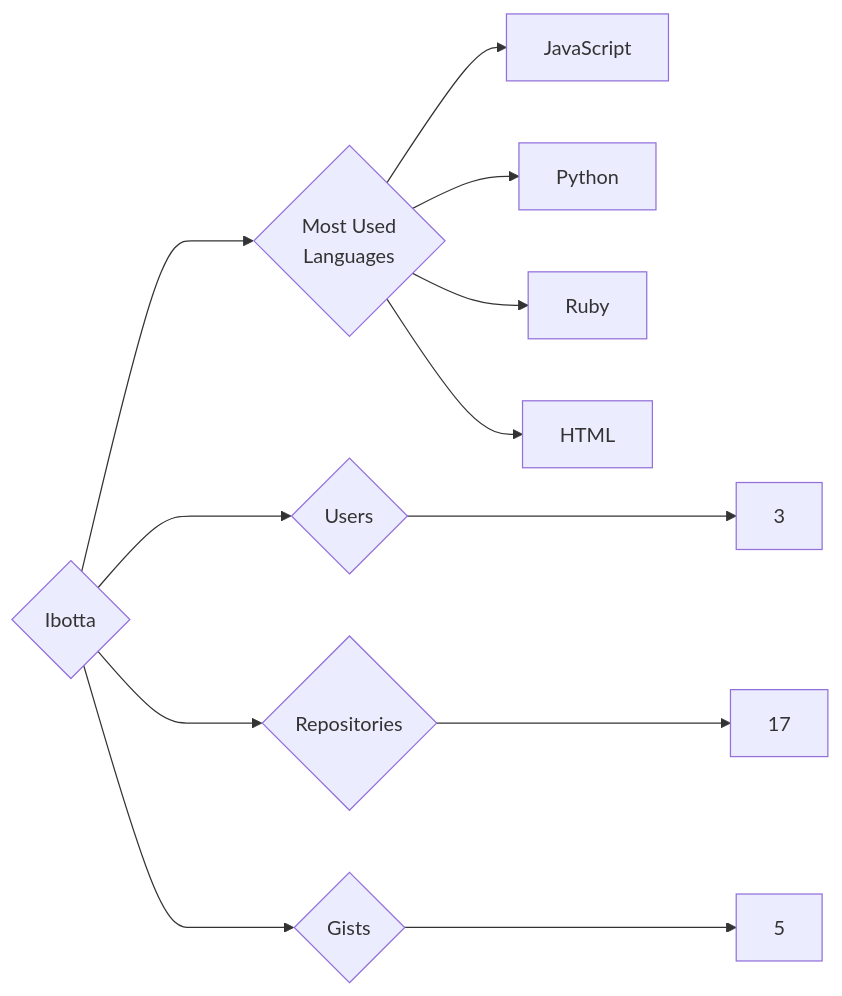
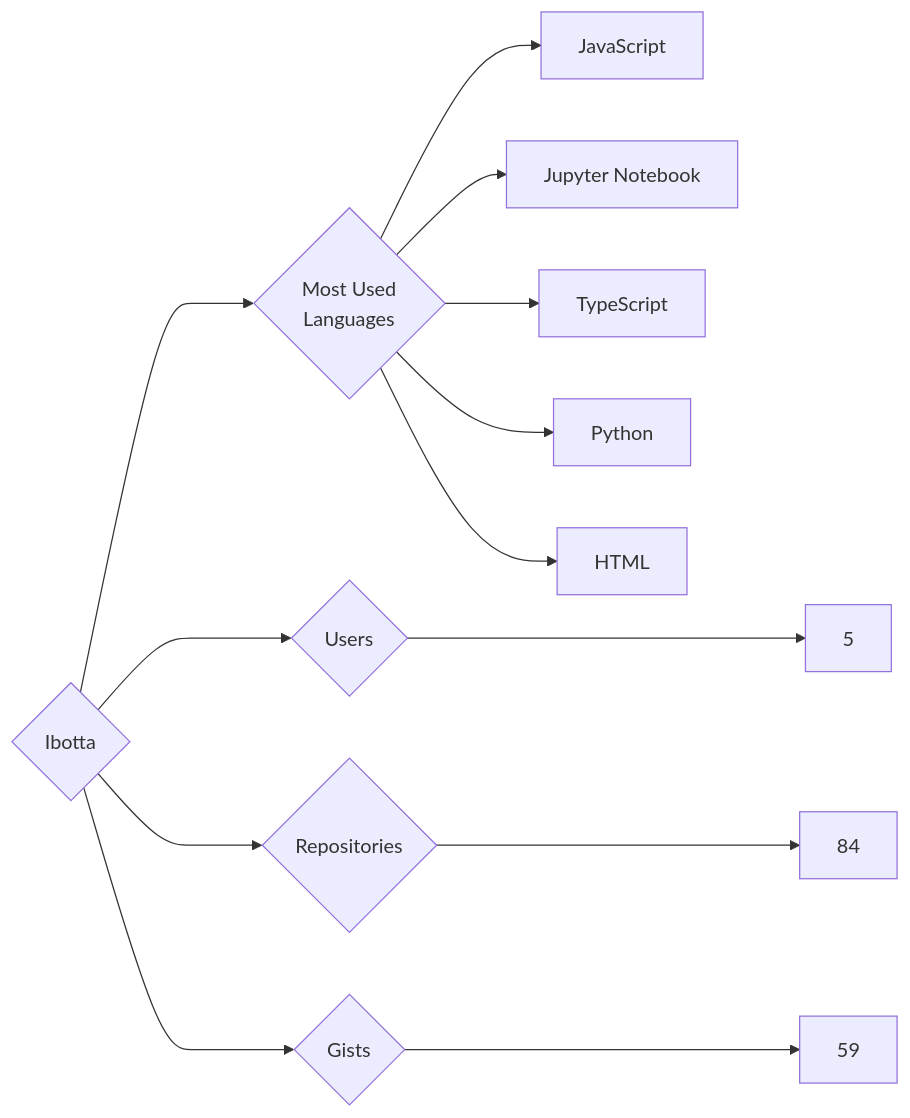
Before and after one commit to trickest/insiders: the diagram in targets/Ibotta/README.md, drawn with Mermaid. The commit also changed 815 other files, not shown here.

````diff
--- a/targets/Ibotta/README.md
+++ b/targets/Ibotta/README.md
@@ -3,12 +3,13 @@
 ```mermaid
 graph LR
 COMPANY_NAME{Ibotta}
-COMPANY_NAME ---> U{Users} ---> UN[3]
-COMPANY_NAME ---> R{Repositories} ---> RN[17]
-COMPANY_NAME ---> G{Gists} ---> GN[5]
+COMPANY_NAME ---> U{Users} ---> UN[5]
+COMPANY_NAME ---> R{Repositories} ---> RN[84]
+COMPANY_NAME ---> G{Gists} ---> GN[59]
 COMPANY_NAME ---> ML{Most Used<br>Languages}
 ML --> JavaScript[JavaScript]
+ML --> Jupyter_Notebook[Jupyter Notebook]
+ML --> TypeScript[TypeScript]
 ML --> Python[Python]
-ML --> Ruby[Ruby]
 ML --> HTML[HTML]
 ```
````
